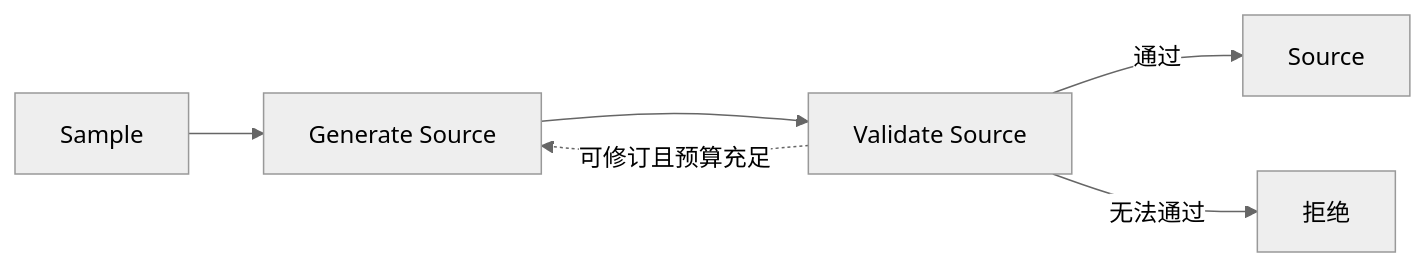
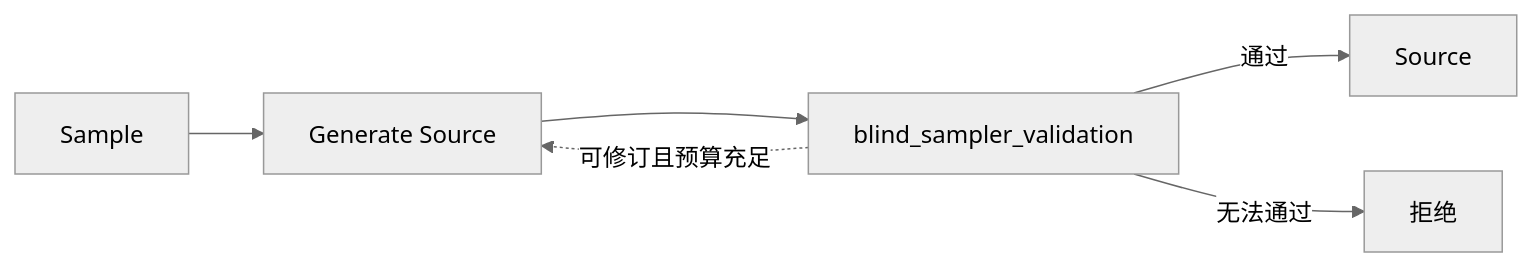
The first of 2 diagrams in README.md (ChenYizhu97/PairData), drawn with Mermaid (neutral theme) before and after one commit. The commit also changed other lines of this file and 26 other files, not shown here.

Commit message:
Refactor expansion with blind validation and fixed PIU targets

````diff
--- a/README.md
+++ b/README.md
@@ -29,8 +29,8 @@
 ```mermaid
 flowchart LR
     A[Sample] --> B[Generate Source]
-    B --> C[Validate Source]
+    B --> C[blind_sampler_validation]
     C -->|通过| D[Source]
     C -.->|可修订且预算充足| B
     C -->|无法通过| R[拒绝]
 ```
````
